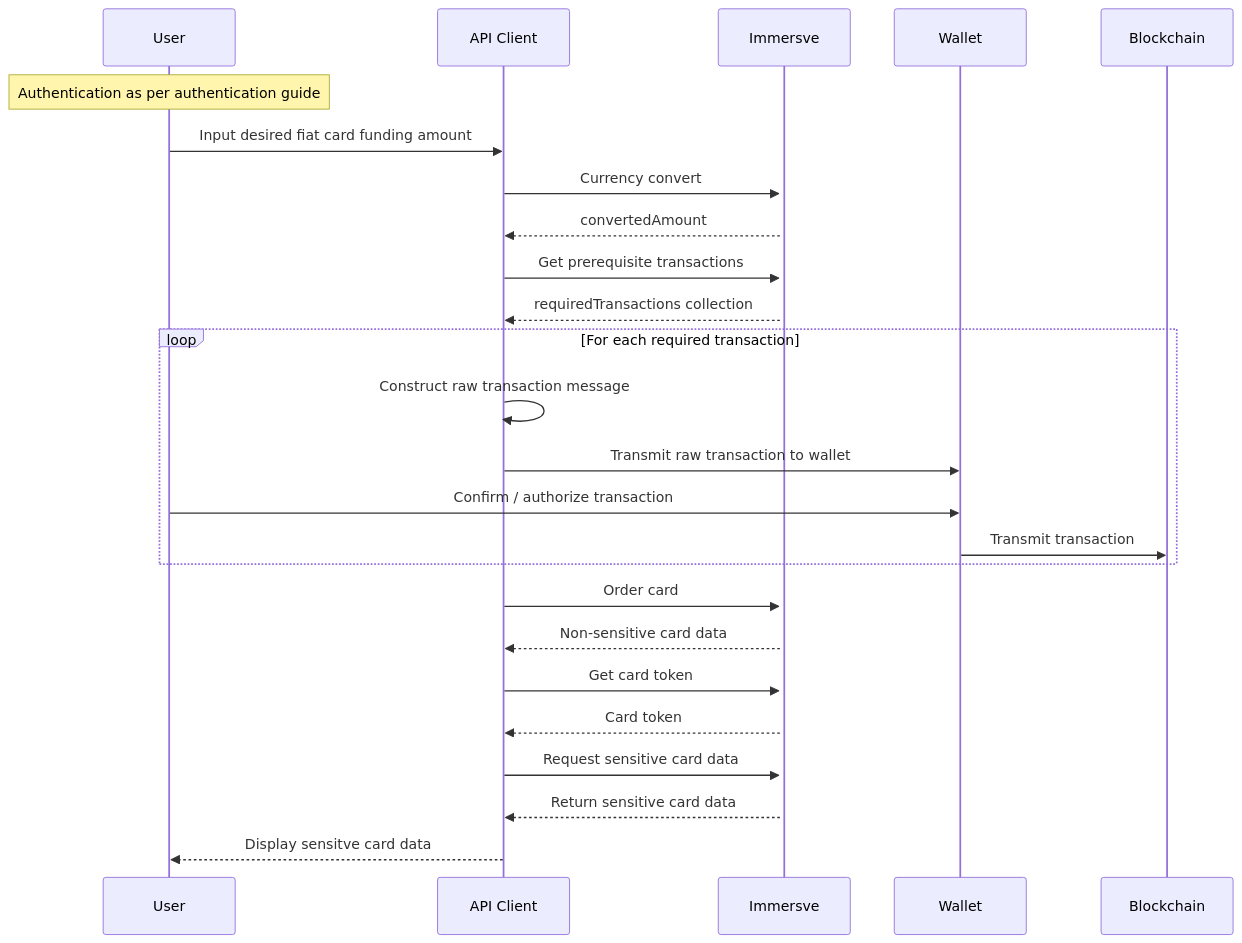
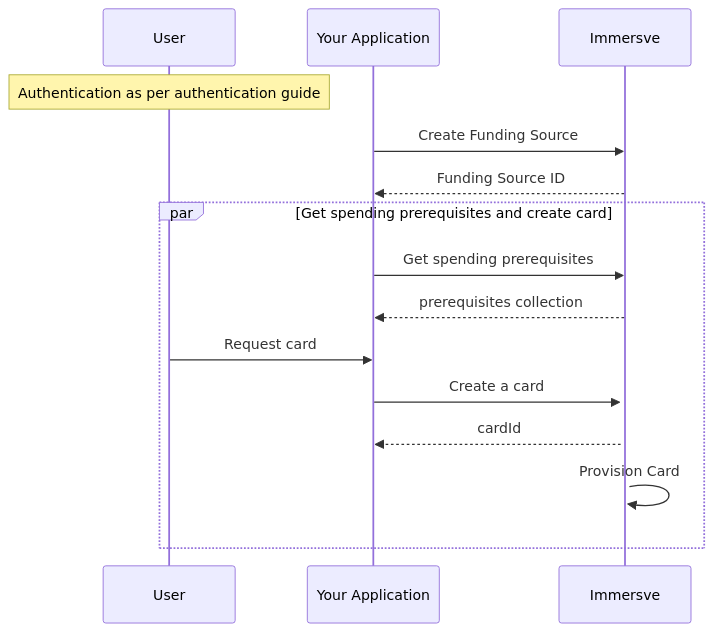
Before and after one commit to immersve/immersve-docs: the diagram in docs/guides/issue-a-virtual-card.md, drawn with Mermaid. The commit also changed other lines of this file and 39 other files, not shown here.

````diff
--- a/docs/guides/issue-a-virtual-card.md
+++ b/docs/guides/issue-a-virtual-card.md
@@ -103,27 +54,18 @@
 ```mermaid
 sequenceDiagram
     participant U as User
-    participant C as API Client
+    participant C as Your Application
     participant I as Immersve
-    participant W as Wallet
-    participant B as Blockchain
     note over U: Authentication as per authentication guide
-    U->>C: Input desired fiat card funding amount
-    C->>+I: Currency convert
-    I-->>C: convertedAmount
-    C->>I: Get prerequisite transactions
-    I-->>C: requiredTransactions collection
-    loop For each required transaction
-        C->>C: Construct raw transaction message
-        C->>W: Transmit raw transaction to wallet
-        U->>W: Confirm / authorize transaction
-        W->>B: Transmit transaction
+
+    C->>I: Create Funding Source
+    I-->>C: Funding Source ID
+    par Get spending prerequisites and create card
+    C->>I: Get spending prerequisites
+    I-->>C: prerequisites collection
+    U->>C: Request card
+    C->>+I: Create a card
+    I-->>C: cardId
+    I->>I: Provision Card
     end
-    C->>+I: Order card
-    I-->>C: Non-sensitive card data
-    C->>+I: Get card token
-    I-->>C: Card token
-    C->>I: Request sensitive card data
-    I-->>C: Return sensitive card data
-    C-->>U: Display sensitve card data
 ```
````
